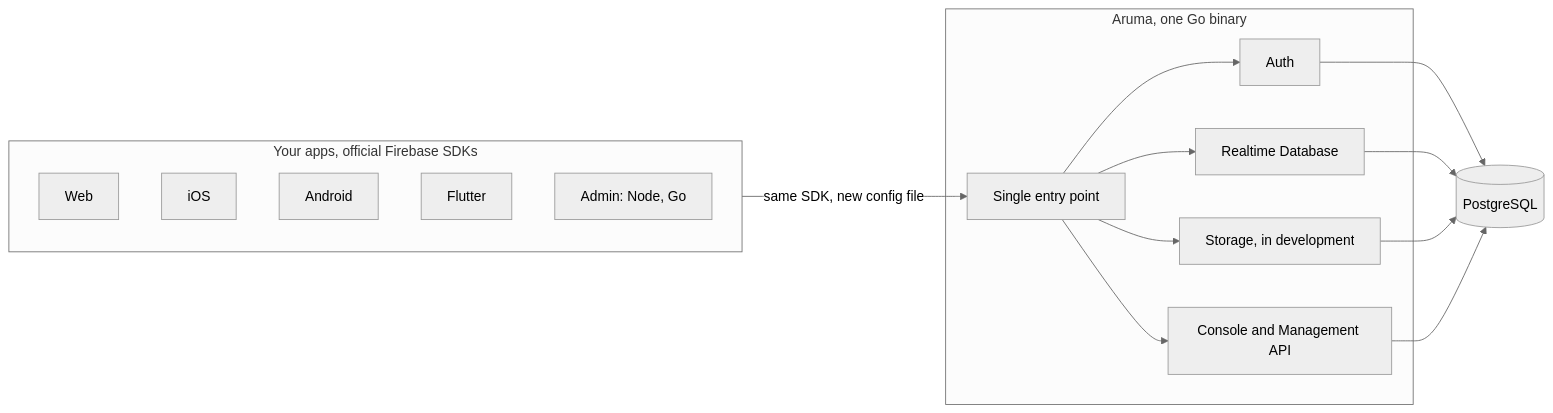
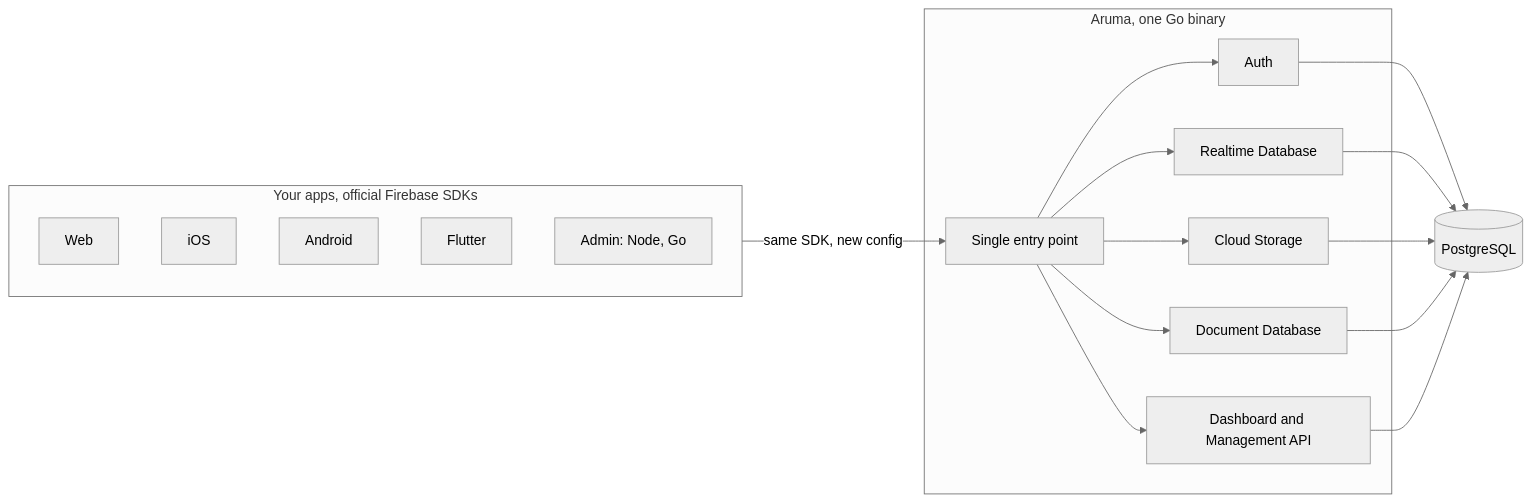
One commit to arumadev/aruma changed the diagram in README.md. Above: the diagram before and after it, drawn with Mermaid (neutral theme). The commit also changed other lines of this file and 7 other files, not shown here.

````diff
--- a/README.md
+++ b/README.md
@@ -54,21 +66,23 @@
 ```mermaid
 flowchart LR
     subgraph Apps["Your apps, official Firebase SDKs"]
         W[Web]
         I[iOS]
         A[Android]
         F[Flutter]
         N[Admin: Node, Go]
     end
-    Apps -- "same SDK, new config file" --> E
+    Apps -- "same SDK, new config" --> E
     subgraph Aruma["Aruma, one Go binary"]
         E[Single entry point] --> Auth
         E --> RTDB[Realtime Database]
-        E --> Storage[Storage, in development]
-        E --> Console[Console and Management API]
+        E --> Storage[Cloud Storage]
+        E --> Docs[Document Database]
+        E --> Console[Dashboard and Management API]
     end
     Auth --> PG[(PostgreSQL)]
     RTDB --> PG
     Storage --> PG
+    Docs --> PG
     Console --> PG
 ```
````
